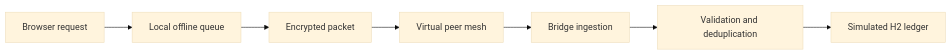
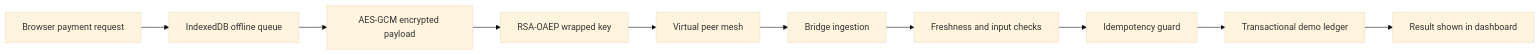
One commit to ankush-48/relay-offline-payment-demo changed the diagram in README.md. Above: the diagram before and after it, drawn with Mermaid (base theme). The commit also changed other lines of this file and 3 other files, not shown here.

````diff
--- a/README.md
+++ b/README.md
@@ -35,9 +66,12 @@
 ```mermaid
 flowchart LR
-    A[Browser request] --> B[Local offline queue]
-    B --> C[Encrypted packet]
-    C --> D[Virtual peer mesh]
-    D --> E[Bridge ingestion]
-    E --> F[Validation and deduplication]
-    F --> G[Simulated H2 ledger]
+    A[Browser payment request] --> B[IndexedDB offline queue]
+    B --> C[AES-GCM encrypted payload]
+    C --> D[RSA-OAEP wrapped key]
+    D --> E[Virtual peer mesh]
+    E --> F[Bridge ingestion]
+    F --> G[Freshness and input checks]
+    G --> H[Idempotency guard]
+    H --> I[Transactional demo ledger]
+    I --> J[Result shown in dashboard]
 ```
````
